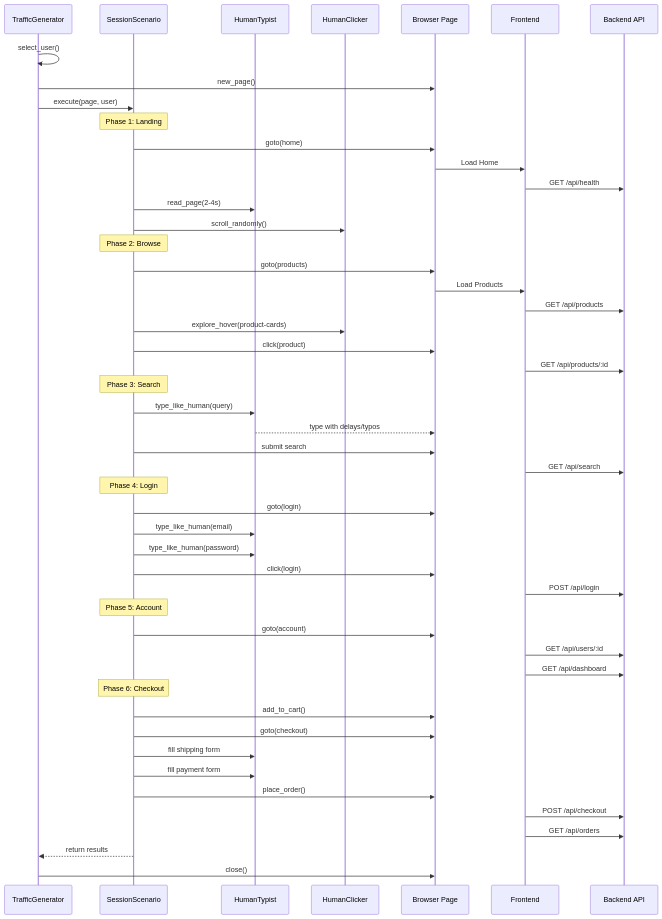
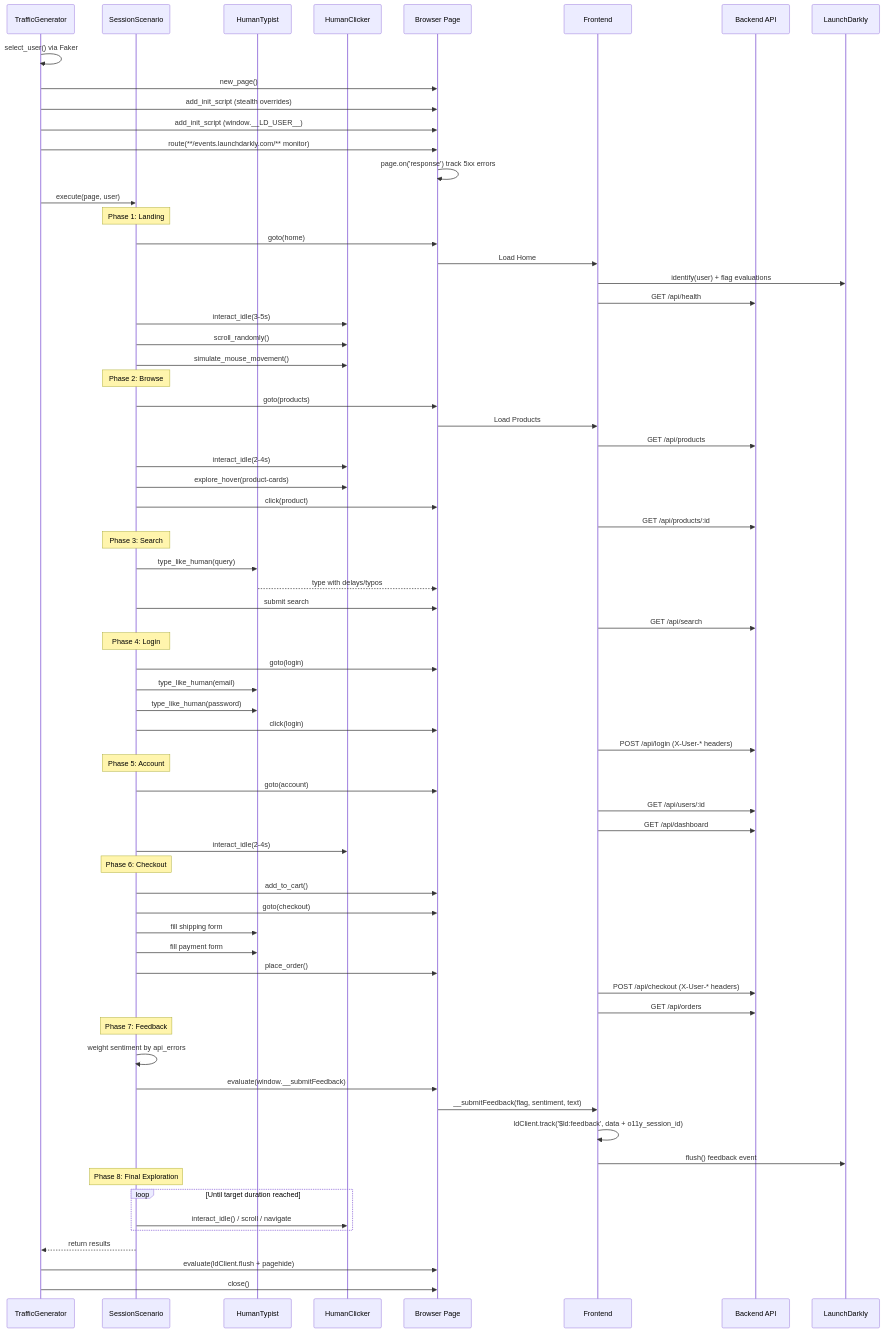
Before and after one commit to ttotenberg-ld/launchdarkly-fullstack-o11y-populator: the eighth of 9 diagrams in agents/simulator-diagram.md, drawn with Mermaid. The commit also changed other lines of this file, not shown here.

Commit message:
updated simulator diagram

````diff
--- a/agents/simulator-diagram.md
+++ b/agents/simulator-diagram.md
@@ -277,59 +371,82 @@
 ```mermaid
 sequenceDiagram
     participant TG as TrafficGenerator
     participant CSS as SessionScenario
     participant HT as HumanTypist
     participant HC as HumanClicker
     participant Page as Browser Page
     participant FE as Frontend
     participant BE as Backend API
+    participant LD as LaunchDarkly
 
-    TG->>TG: select_user()
+    TG->>TG: select_user() via Faker
     TG->>Page: new_page()
+    TG->>Page: add_init_script (stealth overrides)
+    TG->>Page: add_init_script (window.__LD_USER__)
+    TG->>Page: route(**/events.launchdarkly.com/** monitor)
+    Page->>Page: page.on('response') track 5xx errors
+
     TG->>CSS: execute(page, user)
-    
+
     Note over CSS: Phase 1: Landing
     CSS->>Page: goto(home)
     Page->>FE: Load Home
+    FE->>LD: identify(user) + flag evaluations
     FE->>BE: GET /api/health
-    CSS->>HT: read_page(2-4s)
+    CSS->>HC: interact_idle(3-5s)
     CSS->>HC: scroll_randomly()
-    
+    CSS->>HC: simulate_mouse_movement()
+
     Note over CSS: Phase 2: Browse
     CSS->>Page: goto(products)
     Page->>FE: Load Products
     FE->>BE: GET /api/products
+    CSS->>HC: interact_idle(2-4s)
     CSS->>HC: explore_hover(product-cards)
     CSS->>Page: click(product)
     FE->>BE: GET /api/products/:id
-    
+
     Note over CSS: Phase 3: Search
     CSS->>HT: type_like_human(query)
     HT-->>Page: type with delays/typos
     CSS->>Page: submit search
     FE->>BE: GET /api/search
-    
+
     Note over CSS: Phase 4: Login
     CSS->>Page: goto(login)
     CSS->>HT: type_like_human(email)
     CSS->>HT: type_like_human(password)
     CSS->>Page: click(login)
-    FE->>BE: POST /api/login
-    
+    FE->>BE: POST /api/login (X-User-* headers)
+
     Note over CSS: Phase 5: Account
     CSS->>Page: goto(account)
     FE->>BE: GET /api/users/:id
     FE->>BE: GET /api/dashboard
-    
+    CSS->>HC: interact_idle(2-4s)
+
     Note over CSS: Phase 6: Checkout
     CSS->>Page: add_to_cart()
     CSS->>Page: goto(checkout)
     CSS->>HT: fill shipping form
     CSS->>HT: fill payment form
     CSS->>Page: place_order()
-    FE->>BE: POST /api/checkout
+    FE->>BE: POST /api/checkout (X-User-* headers)
     FE->>BE: GET /api/orders
-    
+
+    Note over CSS: Phase 7: Feedback
+    CSS->>CSS: weight sentiment by api_errors
+    CSS->>Page: evaluate(window.__submitFeedback)
+    Page->>FE: __submitFeedback(flag, sentiment, text)
+    FE->>FE: ldClient.track('$ld:feedback', data + o11y_session_id)
+    FE->>LD: flush() feedback event
+
+    Note over CSS: Phase 8: Final Exploration
+    loop Until target duration reached
+        CSS->>HC: interact_idle() / scroll / navigate
+    end
+
     CSS-->>TG: return results
+    TG->>Page: evaluate(ldClient.flush + pagehide)
     TG->>Page: close()
 ```
````
